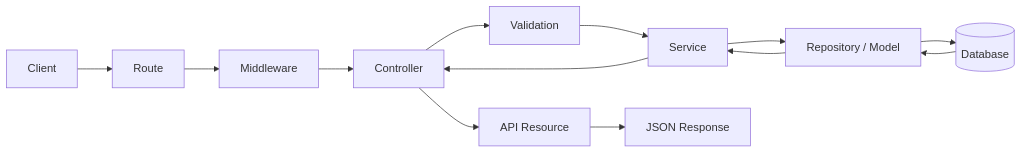
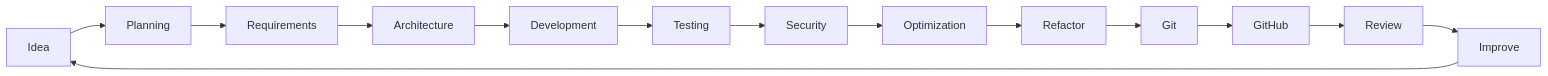
One commit to auliaraditama-dev/auliaraditama-dev changed the second of 2 diagrams in README.md. Above: the diagram before and after it, drawn with Mermaid. The commit also changed other lines of this file, not shown here.

````diff
--- a/README.md
+++ b/README.md
@@ -1035,15 +735,16 @@
 ```mermaid
 flowchart LR
-    A[Client] --> B[Route]
-    B --> C[Middleware]
-    C --> D[Controller]
-    D --> E[Validation]
-    E --> F[Service]
-    F --> G[Repository / Model]
-    G --> H[(Database)]
-    H --> G
-    G --> F
-    F --> D
-    D --> I[API Resource]
-    I --> J[JSON Response]
+    A[Idea] --> B[Planning]
+    B --> C[Requirements]
+    C --> D[Architecture]
+    D --> E[Development]
+    E --> F[Testing]
+    F --> G[Security]
+    G --> H[Optimization]
+    H --> I[Refactor]
+    I --> J[Git]
+    J --> K[GitHub]
+    K --> L[Review]
+    L --> M[Improve]
+    M --> A
 ```
````
